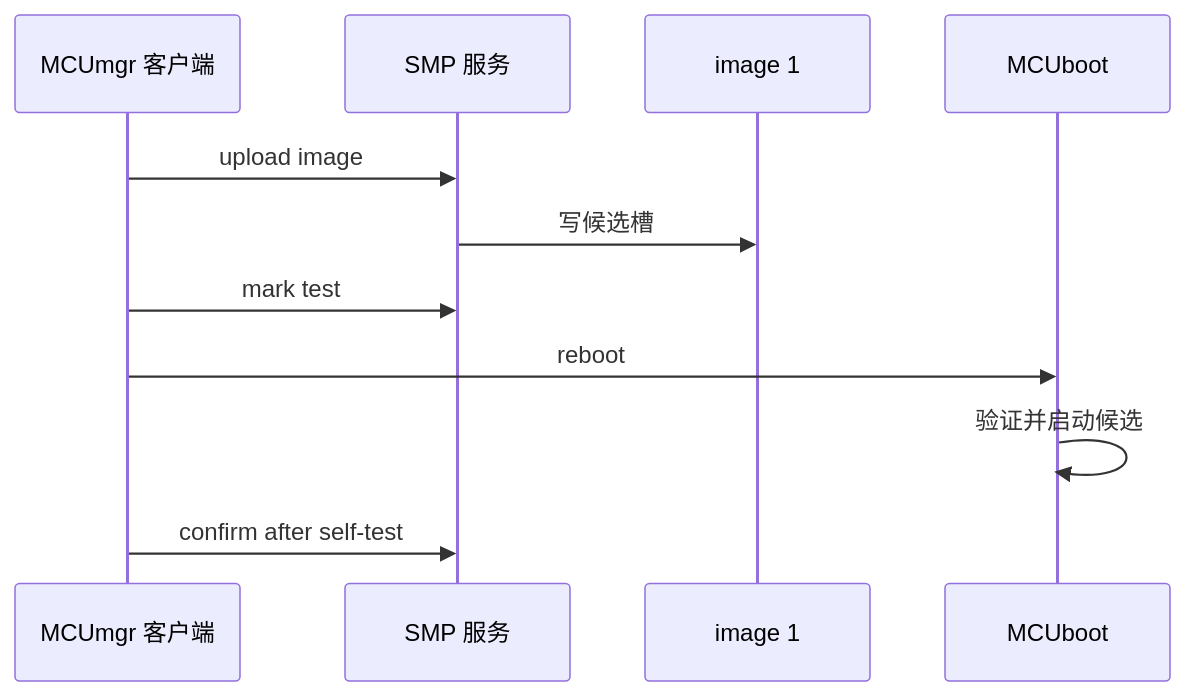
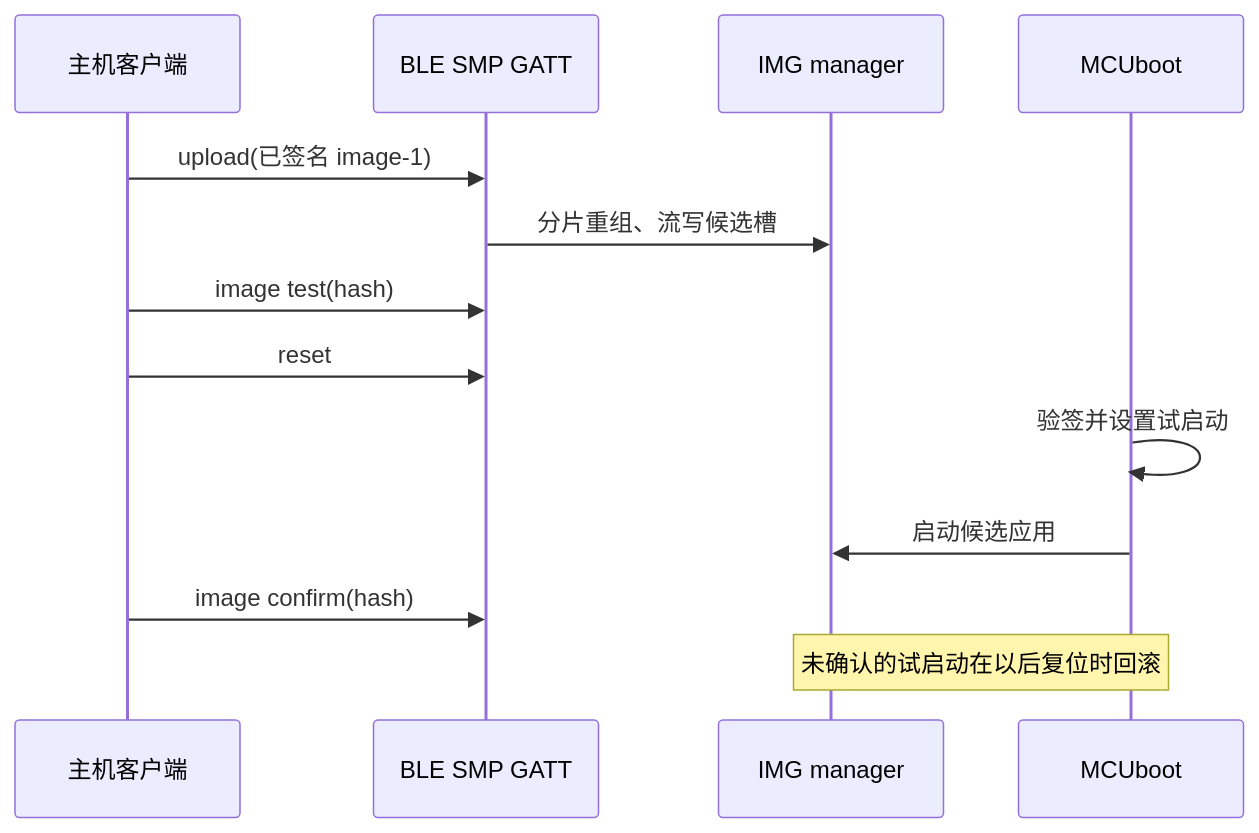
Before and after one commit to cdragon-ljl/EEandEdgeAI: the second of 2 diagrams in docs/articles/zephyr/zephyr-21-dfu-smp-ble-ota.md, drawn with Mermaid. The commit also changed other lines of this file and 35 other files, not shown here.

````diff
--- a/docs/articles/zephyr/zephyr-21-dfu-smp-ble-ota.md
+++ b/docs/articles/zephyr/zephyr-21-dfu-smp-ble-ota.md
@@ -57,13 +41,15 @@
 ```mermaid
 sequenceDiagram
-    participant C as MCUmgr 客户端
-    participant S as SMP 服务
-    participant F as image 1
+    participant H as 主机客户端
+    participant G as BLE SMP GATT
+    participant Z as IMG manager
     participant B as MCUboot
-    C->>S: upload image
-    S->>F: 写候选槽
-    C->>S: mark test
-    C->>B: reboot
-    B->>B: 验证并启动候选
-    C->>S: confirm after self-test
+    H->>G: upload(已签名 image-1)
+    G->>Z: 分片重组、流写候选槽
+    H->>G: image test(hash)
+    H->>G: reset
+    B->>B: 验签并设置试启动
+    B->>Z: 启动候选应用
+    H->>G: image confirm(hash)
+    Note over B,Z: 未确认的试启动在以后复位时回滚
 ```
````
